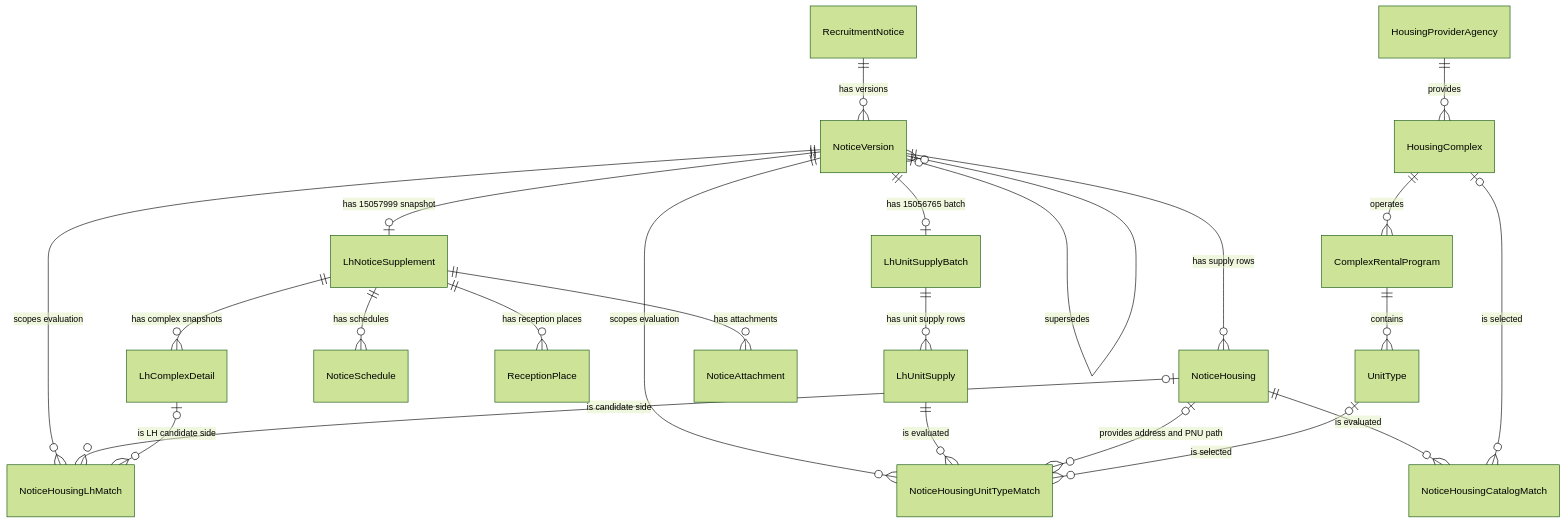
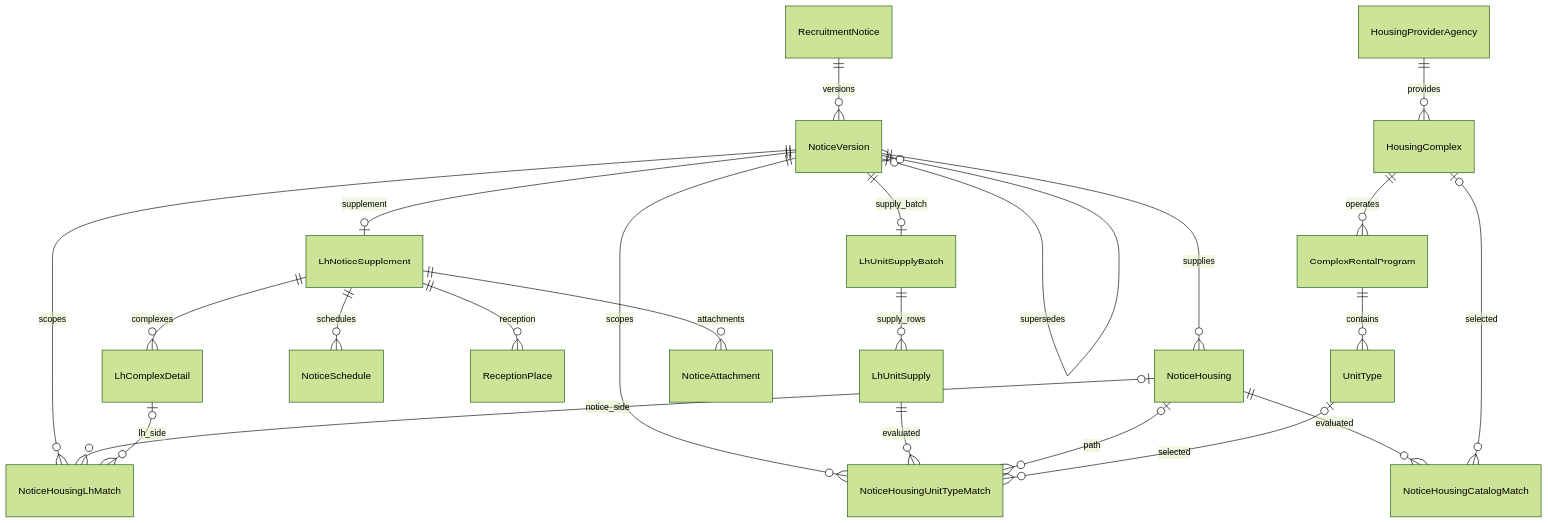
One commit to JunHyung1206/toadzip-api-domain changed the diagram in docs/테이블-설계-사전.md. Above: the diagram before and after it, drawn with Mermaid (forest theme). The commit also changed other lines of this file, not shown here.

````diff
--- a/docs/테이블-설계-사전.md
+++ b/docs/테이블-설계-사전.md
@@ -46,31 +36,29 @@
 ```mermaid
 erDiagram
-    HousingProviderAgency ||--o{ HousingComplex : "provides"
-    HousingComplex ||--o{ ComplexRentalProgram : "operates"
-    ComplexRentalProgram ||--o{ UnitType : "contains"
+    HousingProviderAgency ||--o{ HousingComplex : provides
+    HousingComplex ||--o{ ComplexRentalProgram : operates
+    ComplexRentalProgram ||--o{ UnitType : contains
 
-    RecruitmentNotice ||--o{ NoticeVersion : "has versions"
-    NoticeVersion o|--o{ NoticeVersion : "supersedes"
-    NoticeVersion ||--o{ NoticeHousing : "has supply rows"
+    RecruitmentNotice ||--o{ NoticeVersion : versions
+    NoticeVersion o|--o{ NoticeVersion : supersedes
+    NoticeVersion ||--o{ NoticeHousing : supplies
 
-    NoticeVersion ||--o| LhNoticeSupplement : "has 15057999 snapshot"
-    LhNoticeSupplement ||--o{ NoticeSchedule : "has schedules"
-    LhNoticeSupplement ||--o{ ReceptionPlace : "has reception places"
-    LhNoticeSupplement ||--o{ LhComplexDetail : "has complex snapshots"
-    LhNoticeSupplement ||--o{ NoticeAttachment : "has attachments"
+    NoticeVersion ||--o| LhNoticeSupplement : supplement
+    LhNoticeSupplement ||--o{ NoticeSchedule : schedules
+    LhNoticeSupplement ||--o{ ReceptionPlace : reception
+    LhNoticeSupplement ||--o{ LhComplexDetail : complexes
+    LhNoticeSupplement ||--o{ NoticeAttachment : attachments
 
-    NoticeVersion ||--o| LhUnitSupplyBatch : "has 15056765 batch"
-    LhUnitSupplyBatch ||--o{ LhUnitSupply : "has unit supply rows"
+    NoticeVersion ||--o| LhUnitSupplyBatch : supply_batch
+    LhUnitSupplyBatch ||--o{ LhUnitSupply : supply_rows
 
-    NoticeHousing ||--o{ NoticeHousingCatalogMatch : "is evaluated"
-    HousingComplex o|--o{ NoticeHousingCatalogMatch : "is selected"
-
-    NoticeVersion ||--o{ NoticeHousingLhMatch : "scopes evaluation"
-    NoticeHousing o|--o{ NoticeHousingLhMatch : "is candidate side"
-    LhComplexDetail o|--o{ NoticeHousingLhMatch : "is LH candidate side"
-
-    NoticeVersion ||--o{ NoticeHousingUnitTypeMatch : "scopes evaluation"
-    LhUnitSupply ||--o{ NoticeHousingUnitTypeMatch : "is evaluated"
-    NoticeHousing o|--o{ NoticeHousingUnitTypeMatch : "provides address and PNU path"
-    UnitType o|--o{ NoticeHousingUnitTypeMatch : "is selected"
+    NoticeHousing ||--o{ NoticeHousingCatalogMatch : evaluated
+    HousingComplex o|--o{ NoticeHousingCatalogMatch : selected
+    NoticeVersion ||--o{ NoticeHousingLhMatch : scopes
+    NoticeHousing o|--o{ NoticeHousingLhMatch : notice_side
+    LhComplexDetail o|--o{ NoticeHousingLhMatch : lh_side
+    NoticeVersion ||--o{ NoticeHousingUnitTypeMatch : scopes
+    LhUnitSupply ||--o{ NoticeHousingUnitTypeMatch : evaluated
+    NoticeHousing o|--o{ NoticeHousingUnitTypeMatch : path
+    UnitType o|--o{ NoticeHousingUnitTypeMatch : selected
 ```
````
